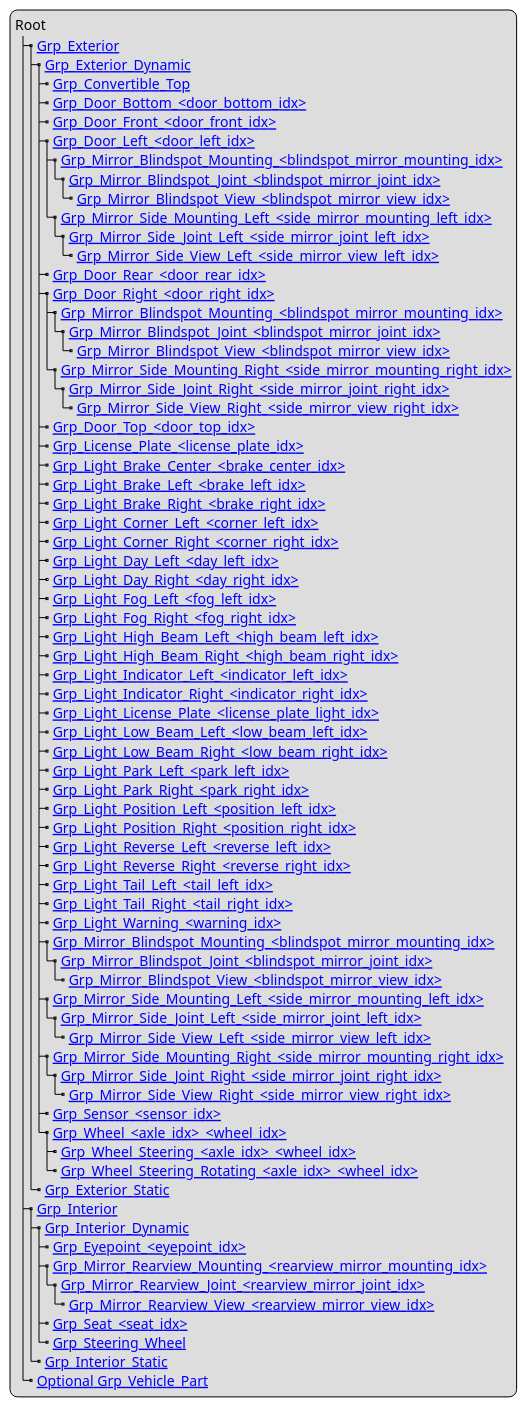
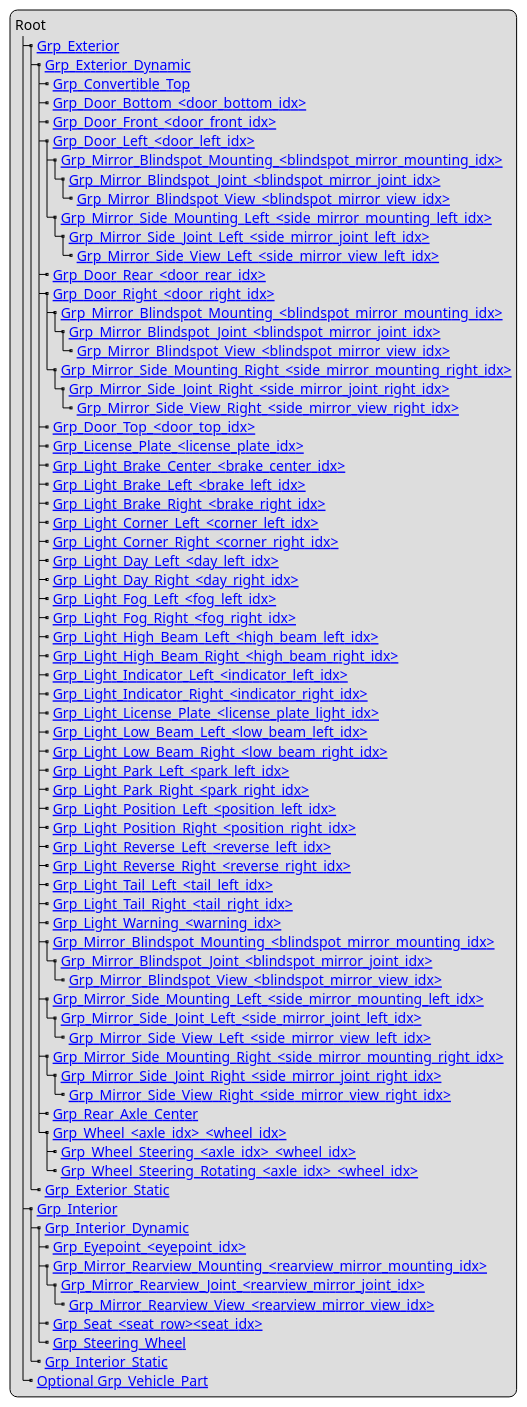
One commit to FKlopfer/OpenMATERIAL-3D changed the diagram in content/geometry/object-vehicle/vehicle-structure.adoc. Above: the diagram before and after it, drawn with PlantUML. The commit also changed other lines of this file and 43 other files, not shown here.

```diff
--- a/content/geometry/object-vehicle/vehicle-structure.adoc
+++ b/content/geometry/object-vehicle/vehicle-structure.adoc
@@ -10,77 +9,77 @@
 [plantuml]
 ----
 legend
 Root
 |_ [[../geometry/object-classes.html#_grp_exterior Grp_Exterior]]
   |_ [[../geometry/object-classes.html#_grp_exterior_dynamic Grp_Exterior_Dynamic]]
     |_ [[../geometry/object-classes.html#_grp_convertible_top Grp_Convertible_Top]]
     |_ [[../geometry/object-classes.html#_grp_door_bottom_door_bottom_idx Grp_Door_Bottom_<door_bottom_idx>]]
     |_ [[../geometry/object-classes.html#_grp_door_front_door_front_idx Grp_Door_Front_<door_front_idx>]]
     |_ [[../geometry/object-classes.html#_grp_door_left_door_left_idx Grp_Door_Left_<door_left_idx>]]
       |_ [[../geometry/object-classes.html#_grp_mirror_blindspot_mounting_blindspot_mirror_mounting_idx Grp_Mirror_Blindspot_Mounting_<blindspot_mirror_mounting_idx>]]
         |_ [[../geometry/object-classes.html#_grp_mirror_blindspot_joint_blindspot_mirror_joint_idx Grp_Mirror_Blindspot_Joint_<blindspot_mirror_joint_idx>]]
           |_ [[../geometry/object-classes.html#_grp_mirror_blindspot_view_blindspot_mirror_view_idx Grp_Mirror_Blindspot_View_<blindspot_mirror_view_idx>]]
       |_ [[../geometry/object-classes.html#_grp_mirror_side_mounting_left_side_mirror_mounting_left_id Grp_Mirror_Side_Mounting_Left_<side_mirror_mounting_left_idx>]]
         |_ [[../geometry/object-classes.html#_grp_mirror_side_joint_left_side_mirror_joint_left_idx Grp_Mirror_Side_Joint_Left_<side_mirror_joint_left_idx> ]]
           |_ [[../geometry/object-classes.html#_grp_mirror_side_view_left_side_mirror_view_left_idx Grp_Mirror_Side_View_Left_<side_mirror_view_left_idx> ]]
     |_ [[../geometry/object-classes.html#_grp_door_rear_door_rear_idx Grp_Door_Rear_<door_rear_idx>]]
     |_ [[../geometry/object-classes.html#_grp_door_right_door_right_idx Grp_Door_Right_<door_right_idx>]]
       |_ [[../geometry/object-classes.html#_grp_mirror_blindspot_mounting_blindspot_mirror_mounting_idx Grp_Mirror_Blindspot_Mounting_<blindspot_mirror_mounting_idx>]]
         |_ [[../geometry/object-classes.html#_grp_mirror_blindspot_joint_blindspot_mirror_joint_idx Grp_Mirror_Blindspot_Joint_<blindspot_mirror_joint_idx>]]
           |_ [[../geometry/object-classes.html#_grp_mirror_blindspot_view_blindspot_mirror_view_idx Grp_Mirror_Blindspot_View_<blindspot_mirror_view_idx>]]
       |_ [[../geometry/object-classes.html#_grp_mirror_side_mounting_right_side_mirror_mounting_right_idx Grp_Mirror_Side_Mounting_Right_<side_mirror_mounting_right_idx>]]
         |_ [[../geometry/object-classes.html#_grp_mirror_side_joint_right_side_mirror_joint_right_idx Grp_Mirror_Side_Joint_Right_<side_mirror_joint_right_idx> ]]
           |_ [[../geometry/object-classes.html#_grp_mirror_side_view_right_side_mirror_view_right_idx Grp_Mirror_Side_View_Right_<side_mirror_view_right_idx> ]]
     |_ [[../geometry/object-classes.html#_grp_door_top_door_top_idx Grp_Door_Top_<door_top_idx>]]
     |_ [[../geometry/object-classes.html#_grp_license_plate_license_plate_idx Grp_License_Plate_<license_plate_idx>]]
     |_ [[../geometry/object-classes.html#_grp_light_brake_center_brake_center_idx Grp_Light_Brake_Center_<brake_center_idx>]]
     |_ [[../geometry/object-classes.html#_grp_light_brake_left_brake_left_idx Grp_Light_Brake_Left_<brake_left_idx>]]
     |_ [[../geometry/object-classes.html#_grp_light_brake_right_brake_right_idx Grp_Light_Brake_Right_<brake_right_idx>]]
     |_ [[../geometry/object-classes.html#_grp_light_corner_left_corner_left_idx Grp_Light_Corner_Left_<corner_left_idx>]]
     |_ [[../geometry/object-classes.html#_grp_light_corner_right_corner_right_idx Grp_Light_Corner_Right_<corner_right_idx>]]
     |_ [[../geometry/object-classes.html#_grp_light_day_left_day_left_idx Grp_Light_Day_Left_<day_left_idx>]]
     |_ [[../geometry/object-classes.html#_grp_light_day_right_day_right_idx Grp_Light_Day_Right_<day_right_idx>]]
     |_ [[../geometry/object-classes.html#_grp_light_fog_left_fog_left_idx Grp_Light_Fog_Left_<fog_left_idx>]]
     |_ [[../geometry/object-classes.html#_grp_light_fog_right_fog_right_idx Grp_Light_Fog_Right_<fog_right_idx>]]
     |_ [[../geometry/object-classes.html#_grp_light_high_beam_left_high_beam_left_idx Grp_Light_High_Beam_Left_<high_beam_left_idx>]]
     |_ [[../geometry/object-classes.html#_grp_light_high_beam_right_high_beam_right_idx Grp_Light_High_Beam_Right_<high_beam_right_idx>]]
     |_ [[../geometry/object-classes.html#_grp_light_indicator_left_indicator_left_idx Grp_Light_Indicator_Left_<indicator_left_idx>]]
     |_ [[../geometry/object-classes.html#_grp_light_indicator_right_indicator_right_idx Grp_Light_Indicator_Right_<indicator_right_idx>]]
     |_ [[../geometry/object-classes.html#_grp_light_license_plate_license_plate_light_idx Grp_Light_License_Plate_<license_plate_light_idx>]]
     |_ [[../geometry/object-classes.html#_grp_light_low_beam_left_low_beam_left_idx Grp_Light_Low_Beam_Left_<low_beam_left_idx>]]
     |_ [[../geometry/object-classes.html#_grp_light_low_beam_right_low_beam_right_idx Grp_Light_Low_Beam_Right_<low_beam_right_idx>]]
     |_ [[../geometry/object-classes.html#_grp_light_park_left_park_left_idx Grp_Light_Park_Left_<park_left_idx>]]
     |_ [[../geometry/object-classes.html#_grp_light_park_right_park_right_idx Grp_Light_Park_Right_<park_right_idx> ]]
     |_ [[../geometry/object-classes.html#_grp_light_position_left_position_left_idx Grp_Light_Position_Left_<position_left_idx>]]
     |_ [[../geometry/object-classes.html#_grp_light_position_right_position_right_idx Grp_Light_Position_Right_<position_right_idx>]]
     |_ [[../geometry/object-classes.html#_grp_light_reverse_left_reverse_left_idx Grp_Light_Reverse_Left_<reverse_left_idx>]]
     |_ [[../geometry/object-classes.html#_grp_light_reverse_right_reverse_right_idx Grp_Light_Reverse_Right_<reverse_right_idx>]]
     |_ [[../geometry/object-classes.html#_grp_light_tail_left_tail_left_idx Grp_Light_Tail_Left_<tail_left_idx>]]
     |_ [[../geometry/object-classes.html#_grp_light_tail_right_tail_right_idx Grp_Light_Tail_Right_<tail_right_idx>]]
     |_ [[../geometry/object-classes.html#_grp_light_warning_warning_idx Grp_Light_Warning_<warning_idx>]]
     |_ [[../geometry/object-classes.html#_grp_mirror_blindspot_mounting_blindspot_mirror_mounting_idx Grp_Mirror_Blindspot_Mounting_<blindspot_mirror_mounting_idx>]]
       |_ [[../geometry/object-classes.html#_grp_mirror_blindspot_joint_blindspot_mirror_joint_idx Grp_Mirror_Blindspot_Joint_<blindspot_mirror_joint_idx>]]
         |_ [[../geometry/object-classes.html#_grp_mirror_blindspot_view_blindspot_mirror_view_idx Grp_Mirror_Blindspot_View_<blindspot_mirror_view_idx>]]
     |_ [[../geometry/object-classes.html#_grp_mirror_side_mounting_left_side_mirror_mounting_left_id Grp_Mirror_Side_Mounting_Left_<side_mirror_mounting_left_idx>]]
       |_ [[../geometry/object-classes.html#_grp_mirror_side_joint_left_side_mirror_joint_left_idx Grp_Mirror_Side_Joint_Left_<side_mirror_joint_left_idx> ]]
         |_ [[../geometry/object-classes.html#_grp_mirror_side_view_left_side_mirror_view_left_idx Grp_Mirror_Side_View_Left_<side_mirror_view_left_idx> ]]
     |_ [[../geometry/object-classes.html#_grp_mirror_side_mounting_right_side_mirror_mounting_right_idx Grp_Mirror_Side_Mounting_Right_<side_mirror_mounting_right_idx>]]
       |_ [[../geometry/object-classes.html#_grp_mirror_side_joint_right_side_mirror_joint_right_idx Grp_Mirror_Side_Joint_Right_<side_mirror_joint_right_idx> ]]
         |_ [[../geometry/object-classes.html#_grp_mirror_side_view_right_side_mirror_view_right_idx Grp_Mirror_Side_View_Right_<side_mirror_view_right_idx> ]]
-    |_ [[../geometry/object-classes.html#_grp_sensor_sensor_idx Grp_Sensor_<sensor_idx>]]
+    |_ [[../geometry/object-classes.html#_grp_rear_axle_center Grp_Rear_Axle_Center]]
     |_ [[../geometry/object-classes.html#_grp_wheel_axle_idx_wheel_idx Grp_Wheel_<axle_idx>_<wheel_idx>]]
       |_ [[../geometry/object-classes.html#_grp_wheel_steering_axle_idx_wheel_idx Grp_Wheel_Steering_<axle_idx>_<wheel_idx>]]
       |_ [[../geometry/object-classes.html#_grp_wheel_steering_rotating_axle_idx_wheel_idx Grp_Wheel_Steering_Rotating_<axle_idx>_<wheel_idx>]]
   |_ [[../geometry/object-classes.html#_grp_exterior_static Grp_Exterior_Static]]
 |_ [[../geometry/object-classes.html#_grp_interior Grp_Interior]]
   |_ [[../geometry/object-classes.html#_grp_interior_dynamic Grp_Interior_Dynamic]]
     |_ [[../geometry/object-classes.html#_grp_eyepoint_eyepoint_idx Grp_Eyepoint_<eyepoint_idx>]]
     |_ [[../geometry/object-classes.html#_grp_mirror_rearview_mounting_rearview_mirror_mounting_idx Grp_Mirror_Rearview_Mounting_<rearview_mirror_mounting_idx>]]
       |_ [[../geometry/object-classes.html#_grp_mirror_rearview_joint_rearview_mirror_joint_idx Grp_Mirror_Rearview_Joint_<rearview_mirror_joint_idx>]]
         |_ [[../geometry/object-classes.html#_grp_mirror_rearview_view_rearview_mirror_view_idx Grp_Mirror_Rearview_View_<rearview_mirror_view_idx>]]
-    |_ [[../geometry/object-classes.html#_grp_seat_seat_idx Grp_Seat_<seat_idx>]]
+    |_ [[../geometry/object-classes.html#_grp_seat_seat_row_seat_idx Grp_Seat_<seat_row><seat_idx>]]
     |_ [[../geometry/object-classes.html#_grp_steering_wheel Grp_Steering_Wheel]]
   |_ [[../geometry/object-classes.html#_grp_interior_static Grp_Interior_Static]]
 |_ [[../geometry/object-classes.html#_grp_vehicle_part Optional Grp_Vehicle_Part]]
 end legend
 ----
```
